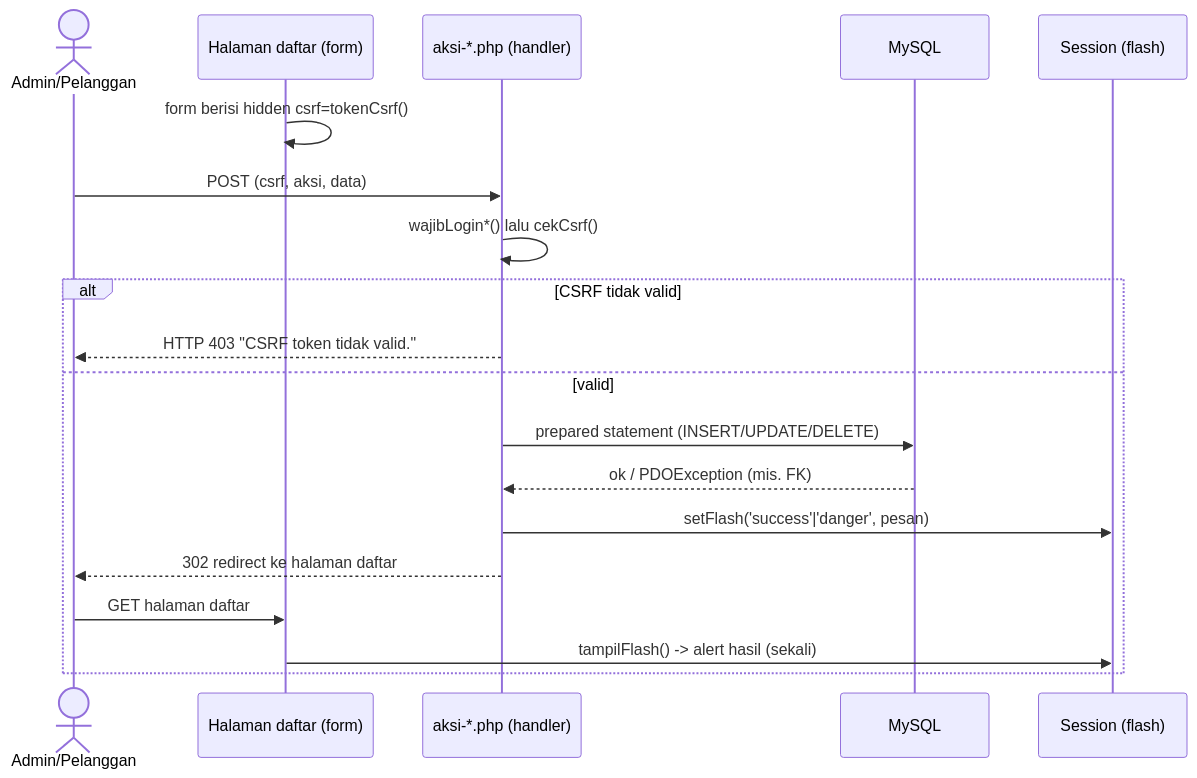
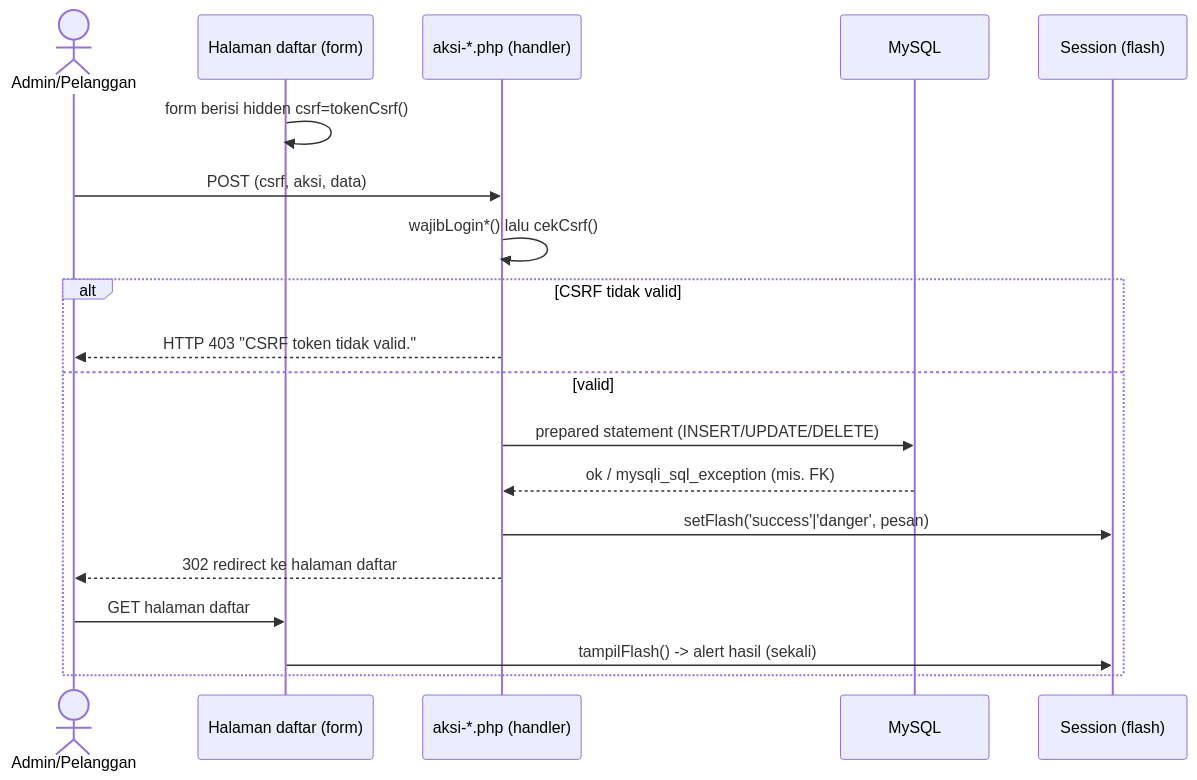
The fourth of 6 diagrams in docs/DOKUMENTASI.md (mramdann/rknet), drawn with Mermaid before and after one commit. The commit also changed other lines of this file and 1 other file, not shown here.

Commit message:
docs: perbarui dokumentasi untuk lapisan data mysqli

````diff
--- a/docs/DOKUMENTASI.md
+++ b/docs/DOKUMENTASI.md
@@ -248,22 +248,22 @@
 ```mermaid
 sequenceDiagram
     actor U as Admin/Pelanggan
     participant F as Halaman daftar (form)
     participant H as aksi-*.php (handler)
     participant DB as MySQL
     participant S as Session (flash)
 
     F->>F: form berisi hidden csrf=tokenCsrf()
     U->>H: POST (csrf, aksi, data)
     H->>H: wajibLogin*() lalu cekCsrf()
     alt CSRF tidak valid
         H-->>U: HTTP 403 "CSRF token tidak valid."
     else valid
         H->>DB: prepared statement (INSERT/UPDATE/DELETE)
-        DB-->>H: ok / PDOException (mis. FK)
+        DB-->>H: ok / mysqli_sql_exception (mis. FK)
         H->>S: setFlash('success'|'danger', pesan)
         H-->>U: 302 redirect ke halaman daftar
         U->>F: GET halaman daftar
         F->>S: tampilFlash() -> alert hasil (sekali)
     end
 ```
````
